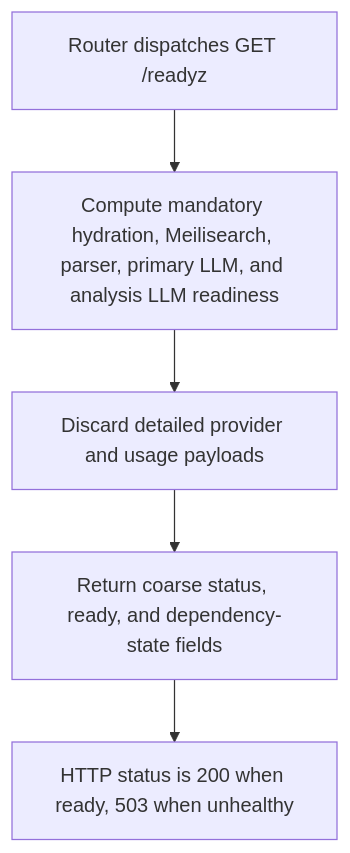
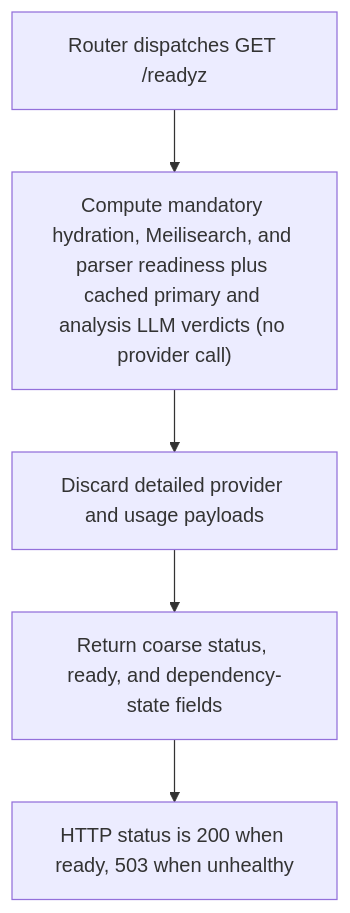
The diagram in doc/api/get_readyz.md (dickwu/nowledge), drawn with Mermaid before and after one commit. The commit also changed other lines of this file and 11 other files, not shown here.

````diff
--- a/doc/api/get_readyz.md
+++ b/doc/api/get_readyz.md
@@ -48,12 +61,12 @@
 ```mermaid
 flowchart TD
   n0["Router dispatches GET /readyz"]
-  n1["Compute mandatory hydration, Meilisearch, parser, primary LLM, and analysis LLM readiness"]
+  n1["Compute mandatory hydration, Meilisearch, and parser readiness plus cached primary and analysis LLM verdicts (no provider call)"]
   n2["Discard detailed provider and usage payloads"]
   n3["Return coarse status, ready, and dependency-state fields"]
   n4["HTTP status is 200 when ready, 503 when unhealthy"]
   n0 --> n1
   n1 --> n2
   n2 --> n3
   n3 --> n4
 ```
````
